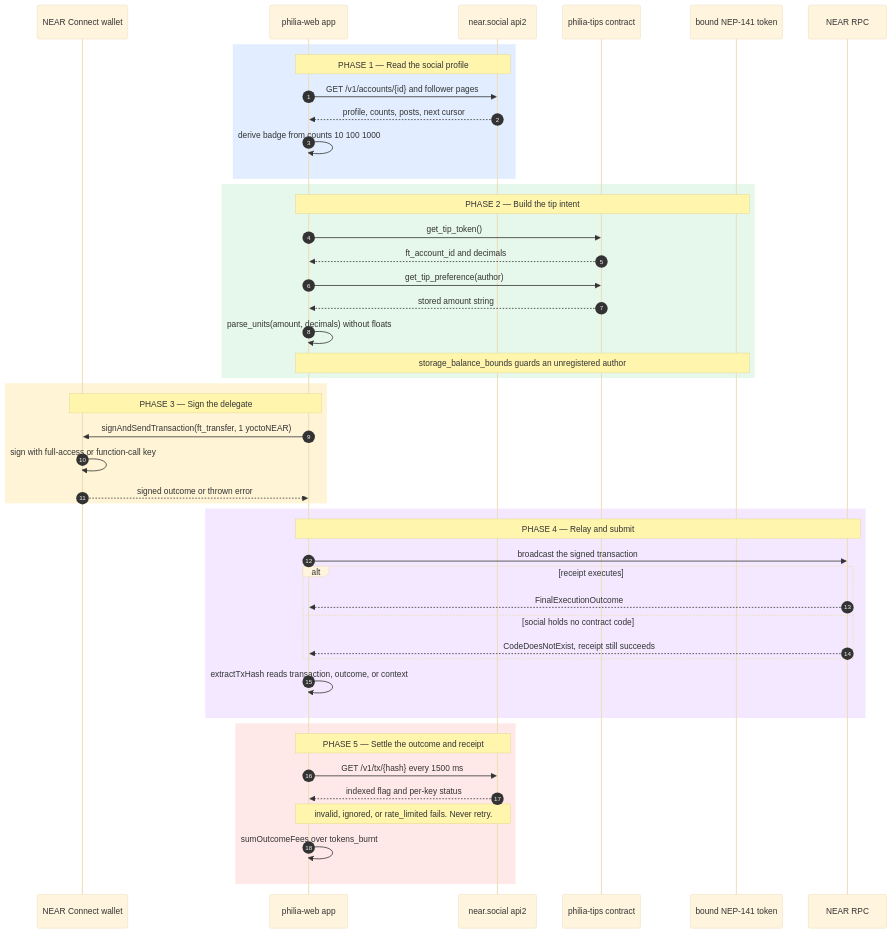
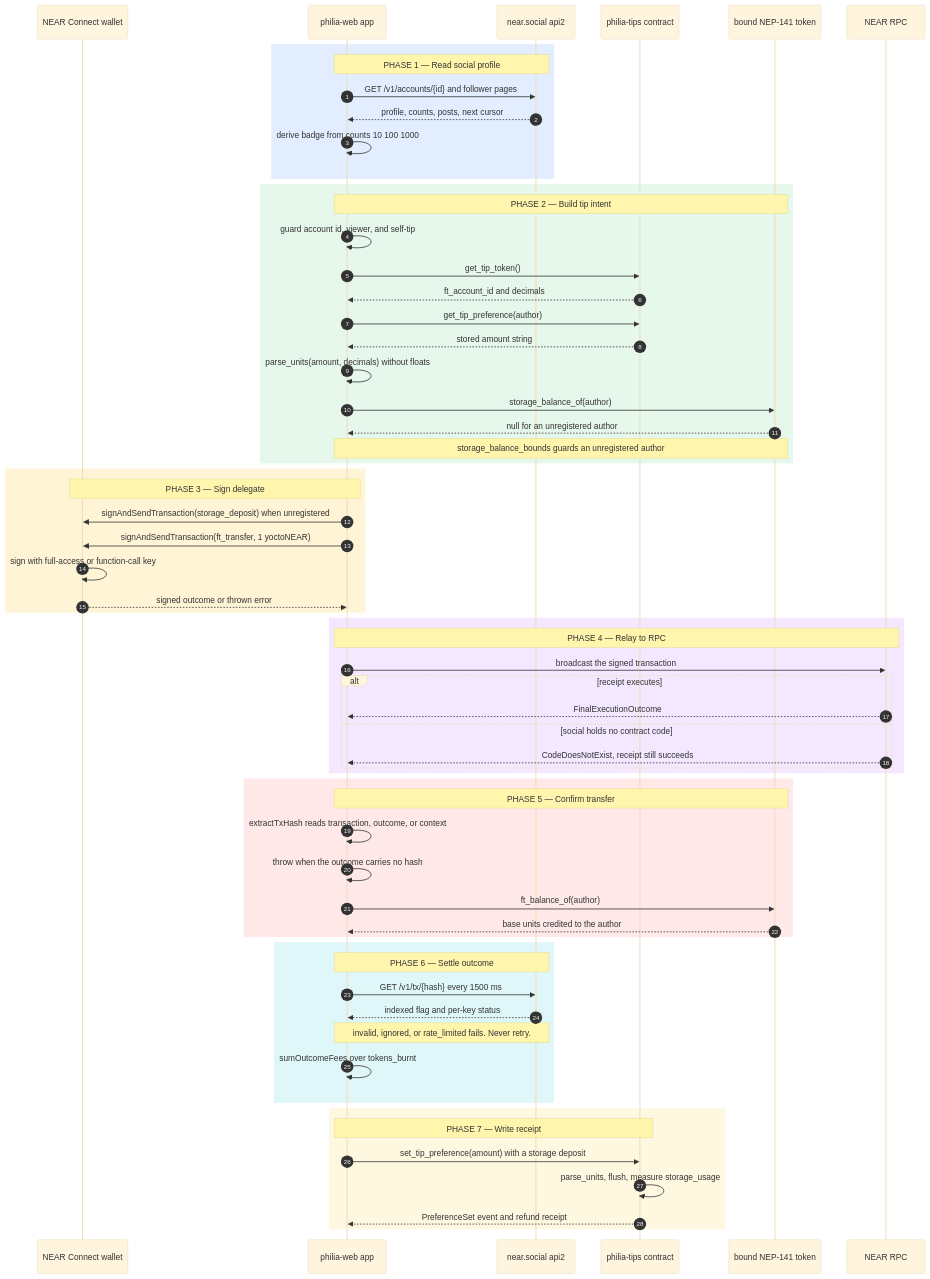
Before and after one commit to p3dr0-coder/social-tipping-one-transaction: the diagram in README.md, drawn with Mermaid.

Commit message:
docs(philia): expand diagram to 7 phases

````diff
--- a/README.md
+++ b/README.md
@@ -4,49 +4,65 @@
 ```mermaid
 %%{init: {"theme":"base","themeVariables":{"fontSize":"14px"}}}%%
 sequenceDiagram
     autonumber
     participant U as NEAR Connect wallet
     participant W as philia-web app
     participant S as near.social api2
     participant P as philia-tips contract
     participant F as bound NEP-141 token
     participant R as NEAR RPC
     rect rgb(226,238,255)
-    Note over W,S: PHASE 1 — Read the social profile
+    Note over W,S: PHASE 1 — Read social profile
     W->>S: GET /v1/accounts/{id} and follower pages
     S-->>W: profile, counts, posts, next cursor
     W->>W: derive badge from counts 10 100 1000
     end
     rect rgb(230,247,235)
-    Note over W,F: PHASE 2 — Build the tip intent
+    Note over W,F: PHASE 2 — Build tip intent
+    W->>W: guard account id, viewer, and self-tip
     W->>P: get_tip_token()
     P-->>W: ft_account_id and decimals
     W->>P: get_tip_preference(author)
     P-->>W: stored amount string
     W->>W: parse_units(amount, decimals) without floats
+    W->>F: storage_balance_of(author)
+    F-->>W: null for an unregistered author
     Note over W,F: storage_balance_bounds guards an unregistered author
     end
     rect rgb(255,244,214)
-    Note over U,W: PHASE 3 — Sign the delegate
+    Note over U,W: PHASE 3 — Sign delegate
+    W->>U: signAndSendTransaction(storage_deposit) when unregistered
     W->>U: signAndSendTransaction(ft_transfer, 1 yoctoNEAR)
     U->>U: sign with full-access or function-call key
     U-->>W: signed outcome or thrown error
     end
     rect rgb(243,232,255)
-    Note over R,W: PHASE 4 — Relay and submit
+    Note over R,W: PHASE 4 — Relay to RPC
     W->>R: broadcast the signed transaction
     alt receipt executes
     R-->>W: FinalExecutionOutcome
     else social holds no contract code
     R-->>W: CodeDoesNotExist, receipt still succeeds
     end
-    W->>W: extractTxHash reads transaction, outcome, or context
     end
     rect rgb(255,232,232)
-    Note over W,S: PHASE 5 — Settle the outcome and receipt
+    Note over W,F: PHASE 5 — Confirm transfer
+    W->>W: extractTxHash reads transaction, outcome, or context
+    W->>W: throw when the outcome carries no hash
+    W->>F: ft_balance_of(author)
+    F-->>W: base units credited to the author
+    end
+    rect rgb(224,247,250)
+    Note over W,S: PHASE 6 — Settle outcome
     W->>S: GET /v1/tx/{hash} every 1500 ms
     S-->>W: indexed flag and per-key status
     Note over W,S: invalid, ignored, or rate_limited fails. Never retry.
     W->>W: sumOutcomeFees over tokens_burnt
     end
+    rect rgb(255,248,225)
+    Note over P,W: PHASE 7 — Write receipt
+    W->>P: set_tip_preference(amount) with a storage deposit
+    P->>P: parse_units, flush, measure storage_usage
+    P-->>W: PreferenceSet event and refund receipt
+    end
 ```
````
